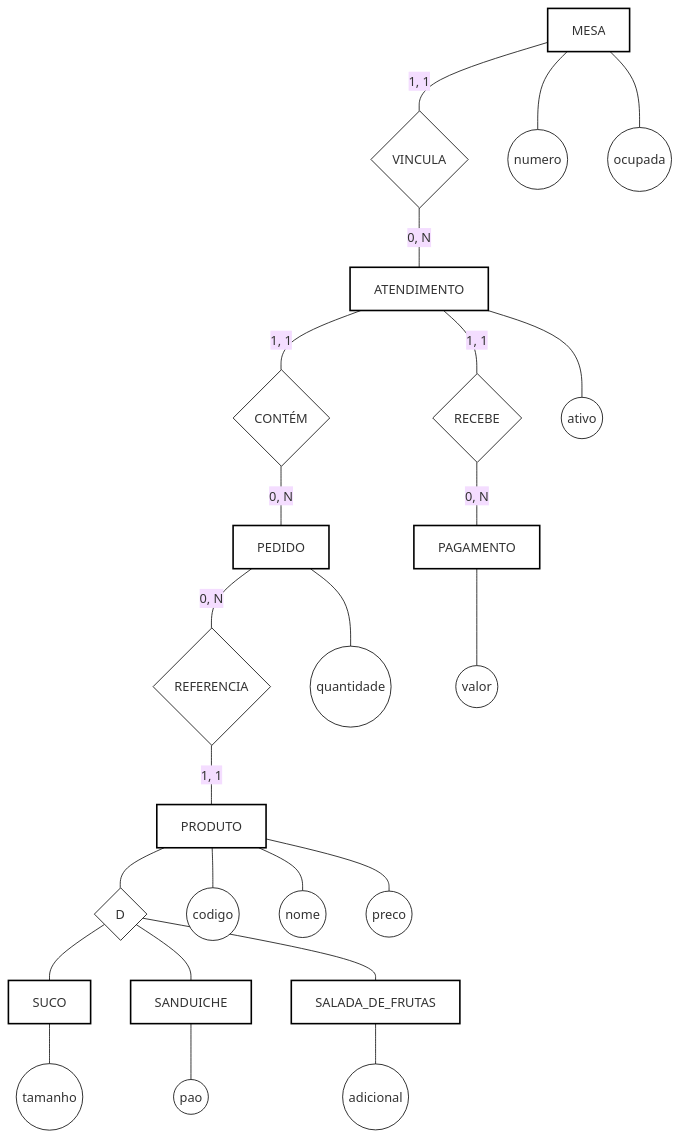
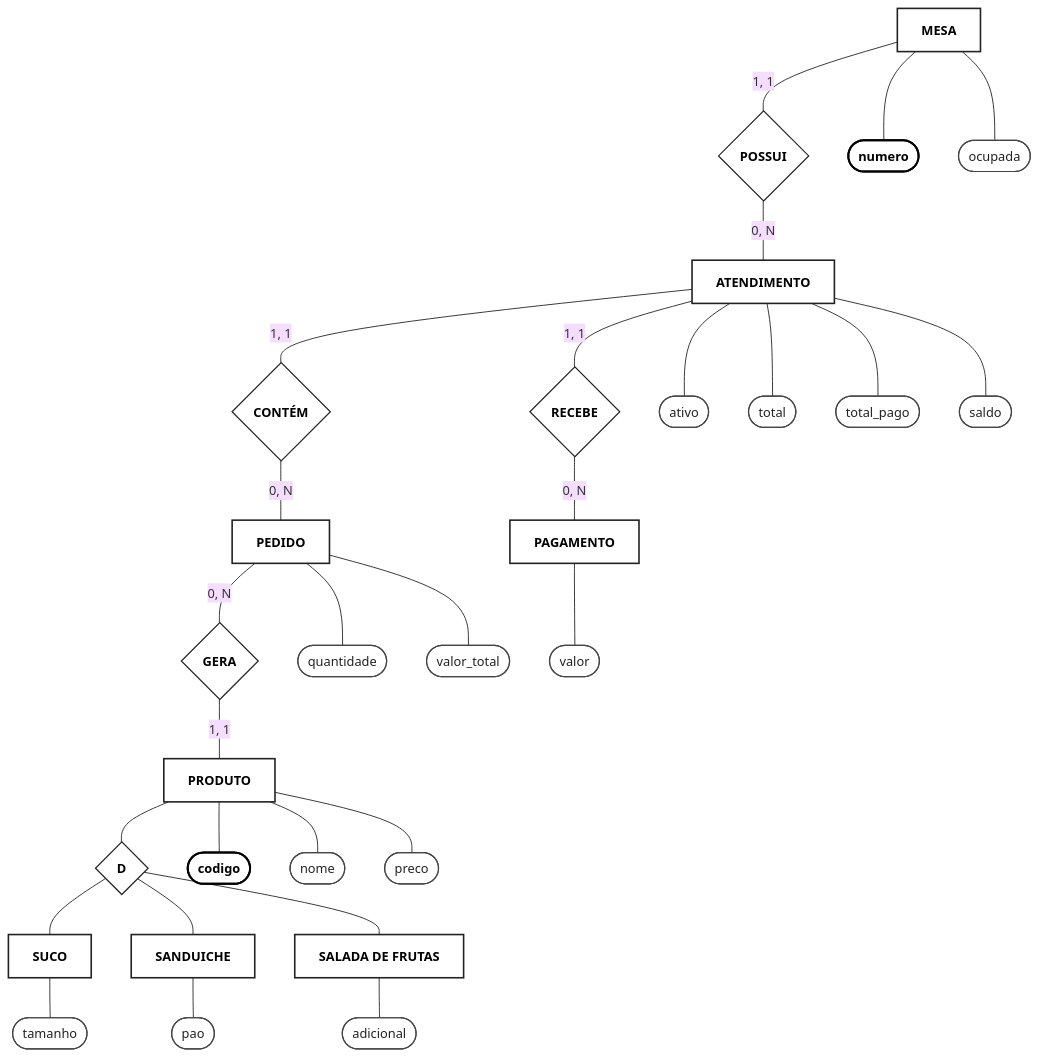
One commit to Bill-Watterson/teste changed the diagram in diagrama.md. Above: the diagram before and after it, drawn with Mermaid (base theme).

````diff
--- a/diagrama.md
+++ b/diagrama.md
@@ -1,9 +1,11 @@
 ```mermaid
-graph TD
-    %% --- ESTILOS DE NÓS (NOTAÇÃO DE CHEN) ---
-    classDef entidade fill:#ffffff,stroke:#000000,stroke-width:2px;
-    classDef atributo fill:#ffffff,stroke:#000000,stroke-width:1px;
-    classDef relacao fill:#ffffff,stroke:#000000,stroke-width:1px;
+flowchart TB
+    %% --- ESTILIZAÇÃO VISUAL (PADRÃO DRAW.IO / CHEN) ---
+    classDef entidade fill:#ffffff,stroke:#222222,stroke-width:2px,color:#000000,font-weight:bold;
+    classDef atributo fill:#ffffff,stroke:#444444,stroke-width:1.5px,color:#222222;
+    classDef atributoPK fill:#ffffff,stroke:#000000,stroke-width:2.5px,color:#000000,font-weight:bold;
+    classDef relacao fill:#ffffff,stroke:#222222,stroke-width:1.5px,color:#000000,font-weight:bold;
+    classDef disjuncao fill:#ffffff,stroke:#222222,stroke-width:1.5px,color:#000000,font-weight:bold;
 
     %% --- ENTIDADES (RETÂNGULOS) ---
     MESA[MESA]:::entidade
@@ -13,52 +15,64 @@
     PRODUTO[PRODUTO]:::entidade
     SUCO[SUCO]:::entidade
     SANDUICHE[SANDUICHE]:::entidade
-    SALADA[SALADA_DE_FRUTAS]:::entidade
+    SALADA[SALADA DE FRUTAS]:::entidade
 
     %% --- RELACIONAMENTOS (LOSANGOS) ---
-    R_POSSUI{VINCULA}:::relacao
-    R_CONTEM{CONTÉM}:::relacao
-    R_RECEBE{RECEBE}:::relacao
-    R_REFERENCIA{REFERENCIA}:::relacao
-    D{D}:::relacao
+    R_POSSUI{ POSSUI }:::relacao
+    R_CONTEM{ CONTÉM }:::relacao
+    R_RECEBE{ RECEBE }:::relacao
+    R_GERA{ GERA }:::relacao
+    D{ D }:::disjuncao
 
-    %% --- ATRIBUTOS (ÓVALOS) ---
-    A_m1((numero)):::atributo
-    A_m2((ocupada)):::atributo
+    %% --- ATRIBUTOS DA MESA ---
+    A_m_num([numero]):::atributoPK
+    A_m_ocup([ocupada]):::atributo
 
-    A_at1((ativo)):::atributo
+    MESA --- A_m_num
+    MESA --- A_m_ocup
 
-    A_p1((quantidade)):::atributo
+    %% --- ATRIBUTOS DO ATENDIMENTO ---
+    A_at_ativo([ativo]):::atributo
+    A_at_tot([total]):::atributo
+    A_at_pago([total_pago]):::atributo
+    A_at_saldo([saldo]):::atributo
 
-    A_pag1((valor)):::atributo
+    ATENDIMENTO --- A_at_ativo
+    ATENDIMENTO --- A_at_tot
+    ATENDIMENTO --- A_at_pago
+    ATENDIMENTO --- A_at_saldo
 
-    A_prod1((codigo)):::atributo
-    A_prod2((nome)):::atributo
-    A_prod3((preco)):::atributo
+    %% --- ATRIBUTOS DO PEDIDO ---
+    A_ped_qtd([quantidade]):::atributo
+    A_ped_sub([valor_total]):::atributo
 
-    A_s1((tamanho)):::atributo
-    A_sa1((pao)):::atributo
-    A_sf1((adicional)):::atributo
+    PEDIDO --- A_ped_qtd
+    PEDIDO --- A_ped_sub
 
-    %% --- LIGAÇÕES DOS ATRIBUTOS ---
-    MESA --- A_m1
-    MESA --- A_m2
+    %% --- ATRIBUTOS DO PAGAMENTO ---
+    A_pag_val([valor]):::atributo
 
-    ATENDIMENTO --- A_at1
+    PAGAMENTO --- A_pag_val
 
-    PEDIDO --- A_p1
+    %% --- ATRIBUTOS DO PRODUTO E SUBCLASSES ---
+    A_pr_cod([codigo]):::atributoPK
+    A_pr_nom([nome]):::atributo
+    A_pr_pre([preco]):::atributo
 
-    PAGAMENTO --- A_pag1
+    PRODUTO --- A_pr_cod
+    PRODUTO --- A_pr_nom
+    PRODUTO --- A_pr_pre
 
-    PRODUTO --- A_prod1
-    PRODUTO --- A_prod2
-    PRODUTO --- A_prod3
+    A_s_tam([tamanho]):::atributo
+    SUCO --- A_s_tam
 
-    SUCO --- A_s1
-    SANDUICHE --- A_sa1
-    SALADA --- A_sf1
+    A_sa_pao([pao]):::atributo
+    SANDUICHE --- A_sa_pao
 
-    %% --- RELACIONAMENTOS E CARDINALIDADES ---
+    A_sf_adi([adicional]):::atributo
+    SALADA --- A_sf_adi
+
+    %% --- LIGAÇÕES DE CARDINALIDADE ---
     MESA ---|1, 1| R_POSSUI
     R_POSSUI ---|0, N| ATENDIMENTO
 
@@ -68,10 +82,10 @@
     ATENDIMENTO ---|1, 1| R_RECEBE
     R_RECEBE ---|0, N| PAGAMENTO
 
-    PEDIDO ---|0, N| R_REFERENCIA
-    R_REFERENCIA ---|1, 1| PRODUTO
+    PEDIDO ---|0, N| R_GERA
+    R_GERA ---|1, 1| PRODUTO
 
-    %% --- ESPECIALIZAÇÃO / HERANÇA (D) ---
+    %% --- HERANÇA / ESPECIALIZAÇÃO (D) ---
     PRODUTO --- D
     D --- SUCO
     D --- SANDUICHE
````
